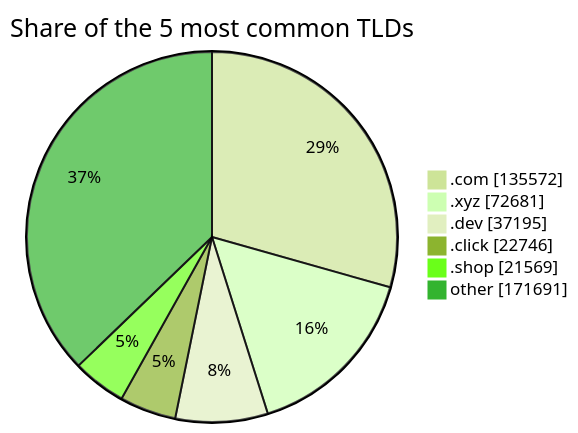
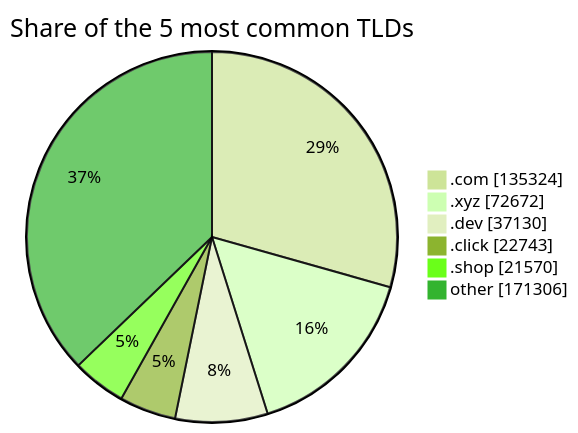
The third of 3 diagrams in README.md (DNSBunker/CTI), drawn with Mermaid (forest theme) before and after one commit. The commit also changed other lines of this file and 3 other files, not shown here.

````diff
--- a/README.md
+++ b/README.md
@@ -81,9 +81,9 @@
 ```mermaid
 pie showData title Share of the 5 most common TLDs
-    ".com" : 135572
-    ".xyz" : 72681
-    ".dev" : 37195
-    ".click" : 22746
-    ".shop" : 21569
-    "other" : 171691
+    ".com" : 135324
+    ".xyz" : 72672
+    ".dev" : 37130
+    ".click" : 22743
+    ".shop" : 21570
+    "other" : 171306
 ```
````
